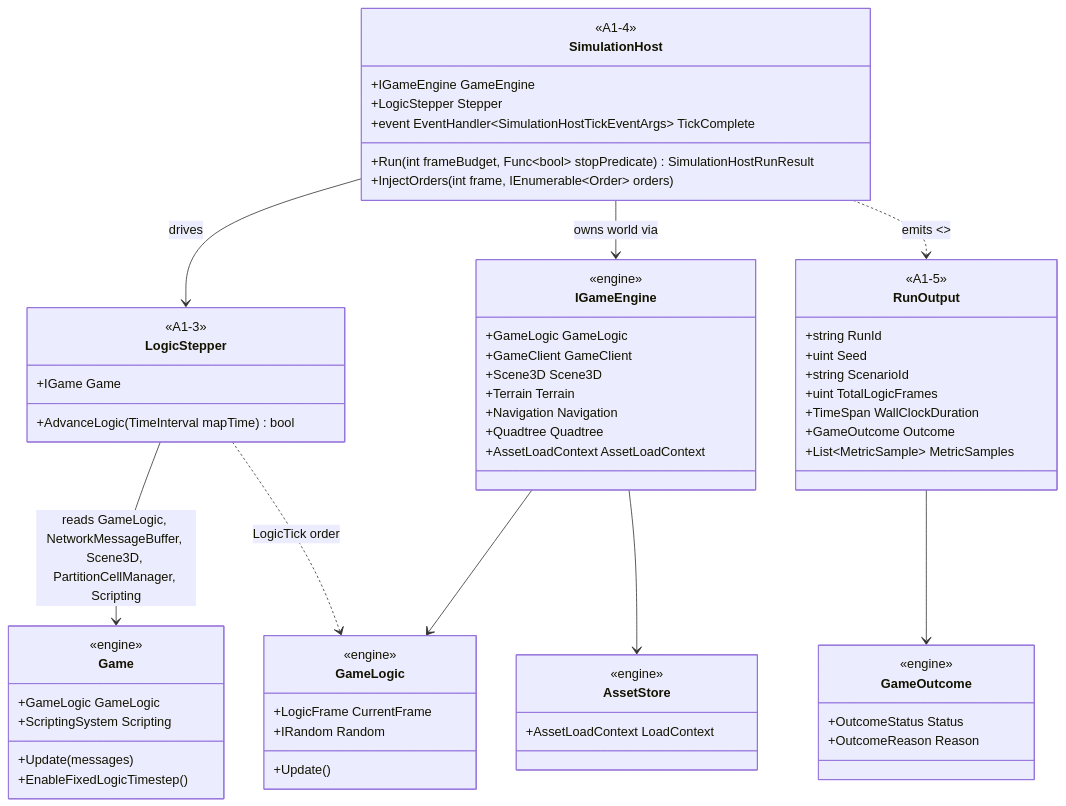
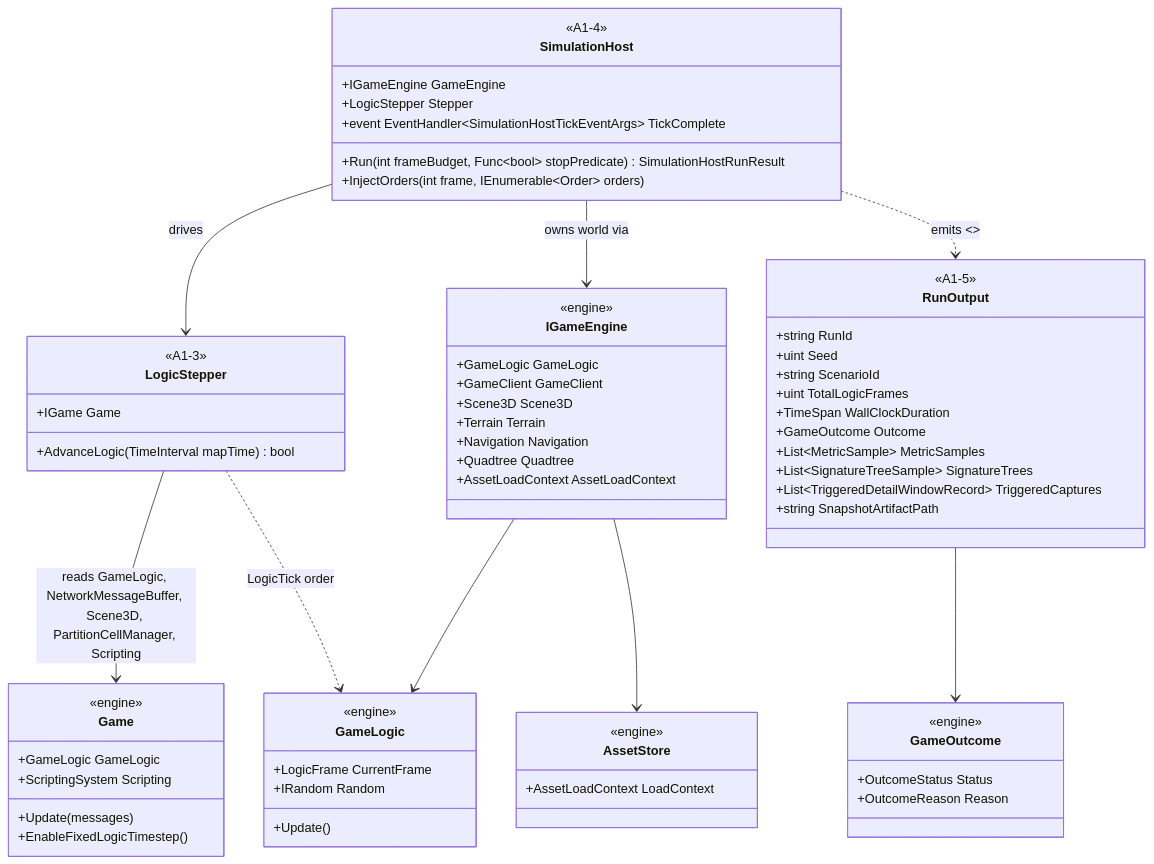
Before and after one commit to rmessinger/Panopticon: the first of 3 diagrams in docs/roadmap/deep-dives/a1-headless-host.md, drawn with Mermaid. The commit also changed other lines of this file and 18 other files, not shown here.

````diff
--- a/docs/roadmap/deep-dives/a1-headless-host.md
+++ b/docs/roadmap/deep-dives/a1-headless-host.md
@@ -136,74 +136,77 @@
 ```mermaid
 classDiagram
   class SimulationHost {
     <<A1-4>>
     +IGameEngine GameEngine
     +LogicStepper Stepper
     +Run(int frameBudget, Func~bool~ stopPredicate) SimulationHostRunResult
     +InjectOrders(int frame, IEnumerable~Order~ orders)
     +event EventHandler~SimulationHostTickEventArgs~ TickComplete
   }
 
   class LogicStepper {
     <<A1-3>>
     +IGame Game
     +AdvanceLogic(TimeInterval mapTime) bool
   }
 
   class Game {
     <<engine>>
     +GameLogic GameLogic
     +ScriptingSystem Scripting
     +Update(messages)
     +EnableFixedLogicTimestep()
   }
 
   class IGameEngine {
     <<engine>>
     +GameLogic GameLogic
     +GameClient GameClient
     +Scene3D Scene3D
     +Terrain Terrain
     +Navigation Navigation
     +Quadtree Quadtree
     +AssetLoadContext AssetLoadContext
   }
 
   class GameLogic {
     <<engine>>
     +LogicFrame CurrentFrame
     +IRandom Random
     +Update()
   }
 
   class AssetStore {
     <<engine>>
     +AssetLoadContext LoadContext
   }
 
   class RunOutput {
     <<A1-5>>
     +string RunId
     +uint Seed
     +string ScenarioId
     +uint TotalLogicFrames
     +TimeSpan WallClockDuration
     +GameOutcome Outcome
     +List~MetricSample~ MetricSamples
+    +List~SignatureTreeSample~ SignatureTrees
+    +List~TriggeredDetailWindowRecord~ TriggeredCaptures
+    +string SnapshotArtifactPath
   }
 
   class GameOutcome {
     <<engine>>
     +OutcomeStatus Status
     +OutcomeReason Reason
   }
 
   SimulationHost --> LogicStepper : drives
   SimulationHost --> IGameEngine : owns world via
   LogicStepper --> Game : reads GameLogic, NetworkMessageBuffer, Scene3D, PartitionCellManager, Scripting
   LogicStepper ..> GameLogic : LogicTick order
   IGameEngine --> GameLogic
   IGameEngine --> AssetStore
   SimulationHost ..> RunOutput : emits <<A1-5>>
   RunOutput --> GameOutcome
 ```
````
